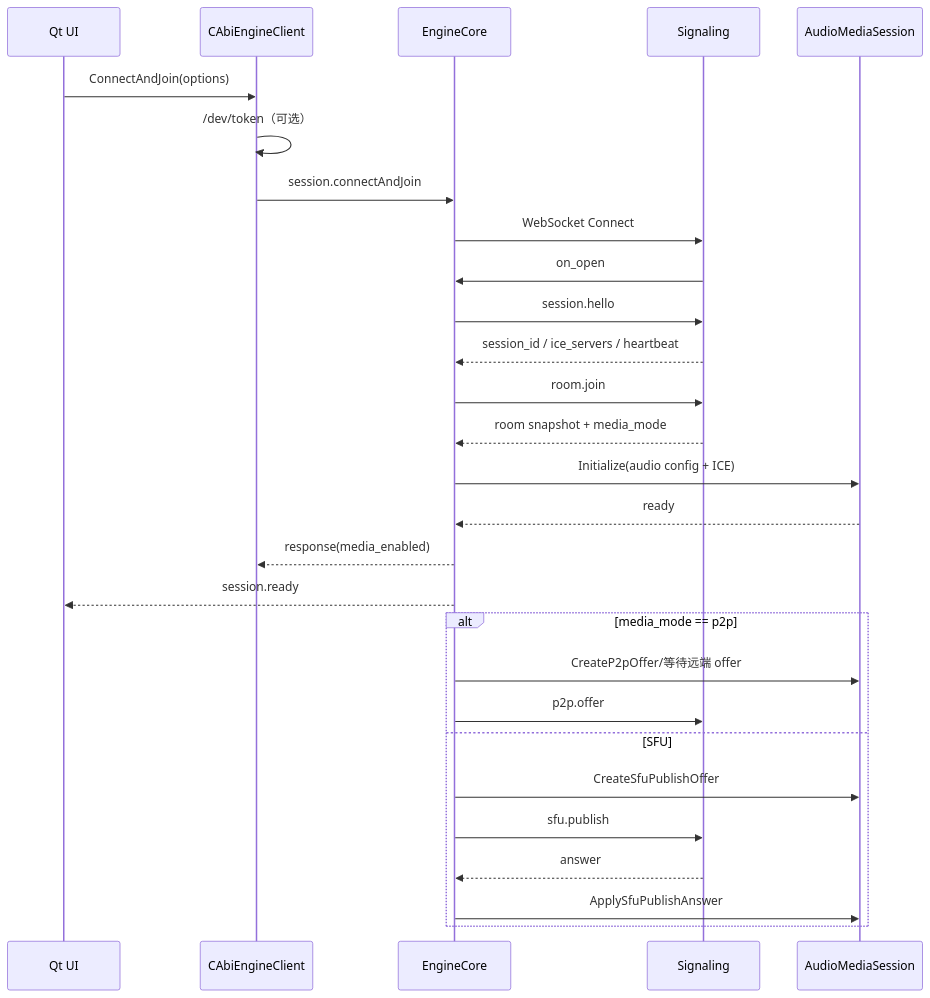
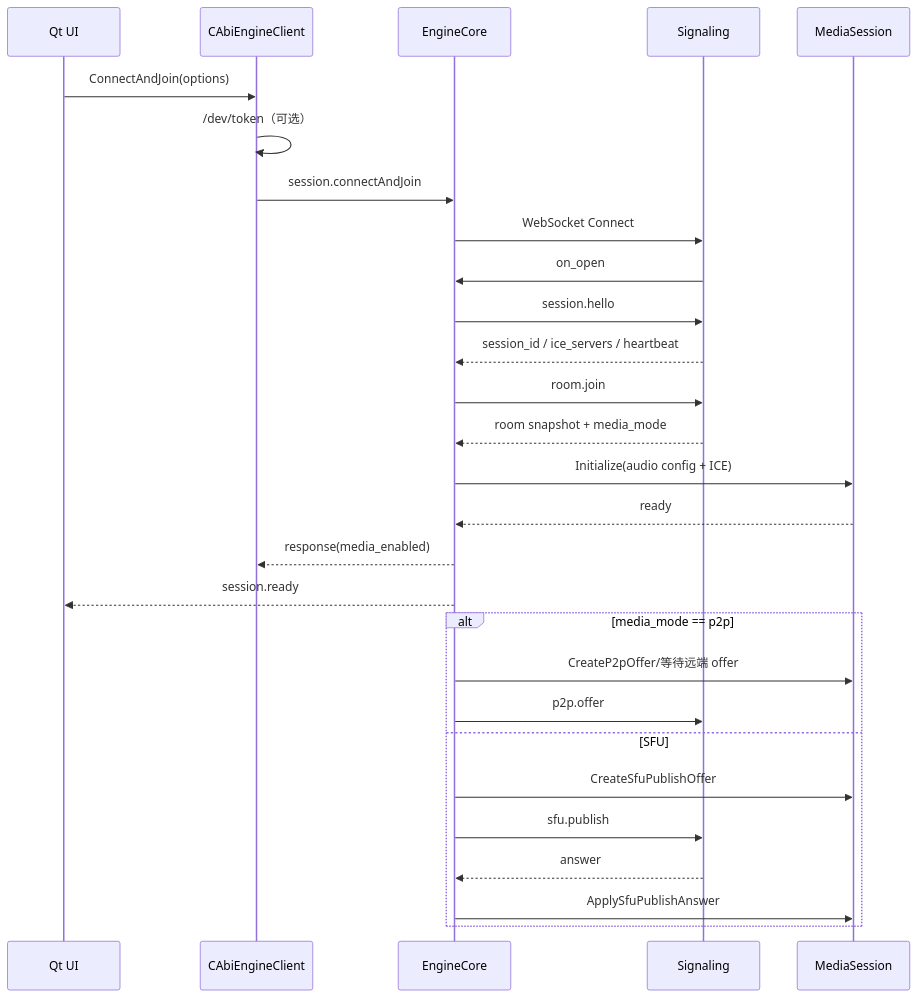
The second of 3 diagrams in handover.md (feng9201/rtc-talk), drawn with Mermaid before and after one commit. The commit also changed other lines of this file and 86 other files, not shown here.

````diff
--- a/handover.md
+++ b/handover.md
@@ -604,31 +652,31 @@
 ```mermaid
 sequenceDiagram
   participant UI as Qt UI
   participant GW as CAbiEngineClient
   participant E as EngineCore
   participant S as Signaling
-  participant M as AudioMediaSession
+  participant M as MediaSession
 
   UI->>GW: ConnectAndJoin(options)
   GW->>GW: /dev/token（可选）
   GW->>E: session.connectAndJoin
   E->>S: WebSocket Connect
   S->>E: on_open
   E->>S: session.hello
   S-->>E: session_id / ice_servers / heartbeat
   E->>S: room.join
   S-->>E: room snapshot + media_mode
   E->>M: Initialize(audio config + ICE)
   M-->>E: ready
   E-->>GW: response(media_enabled)
   E-->>UI: session.ready
   alt media_mode == p2p
     E->>M: CreateP2pOffer/等待远端 offer
     E->>S: p2p.offer
   else SFU
     E->>M: CreateSfuPublishOffer
     E->>S: sfu.publish
     S-->>E: answer
     E->>M: ApplySfuPublishAnswer
   end
 ```
````
